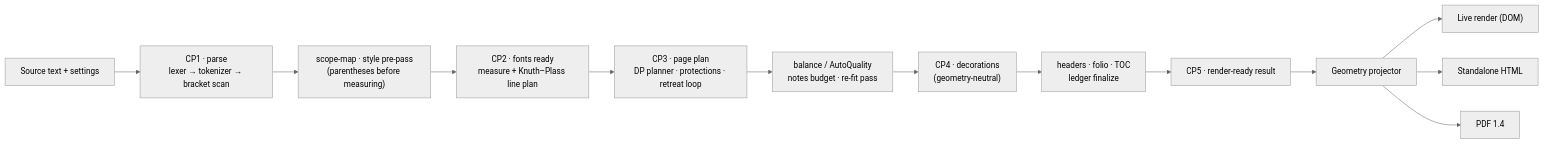
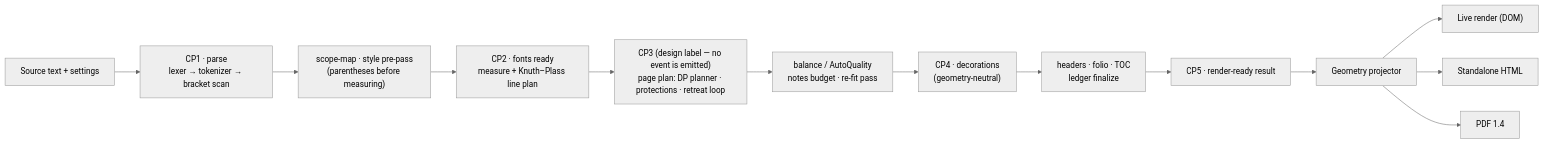
The diagram in docs/ARCHITECTURE.md (SUGINACH/Tora_Book_Typesetter_Red), drawn with Mermaid (neutral theme) before and after one commit. The commit also changed other lines of this file and 3 other files, not shown here.

````diff
--- a/docs/ARCHITECTURE.md
+++ b/docs/ARCHITECTURE.md
@@ -13,15 +13,15 @@
 ```mermaid
 flowchart LR
   A["Source text + settings"] --> B["CP1 · parse<br/>lexer → tokenizer → bracket scan"]
   B --> C["scope-map · style pre-pass<br/>(parentheses before measuring)"]
   C --> D["CP2 · fonts ready<br/>measure + Knuth–Plass line plan"]
-  D --> E["CP3 · page plan<br/>DP planner · protections · retreat loop"]
+  D --> E["CP3 (design label — no event is emitted)<br/>page plan: DP planner · protections · retreat loop"]
   E --> F["balance / AutoQuality<br/>notes budget · re-fit pass"]
   F --> G["CP4 · decorations<br/>(geometry-neutral)"]
   G --> H["headers · folio · TOC<br/>ledger finalize"]
   H --> I["CP5 · render-ready result"]
   I --> J["Geometry projector"]
   J --> K["Live render (DOM)"]
   J --> L["Standalone HTML"]
   J --> M["PDF 1.4"]
 ```
````
